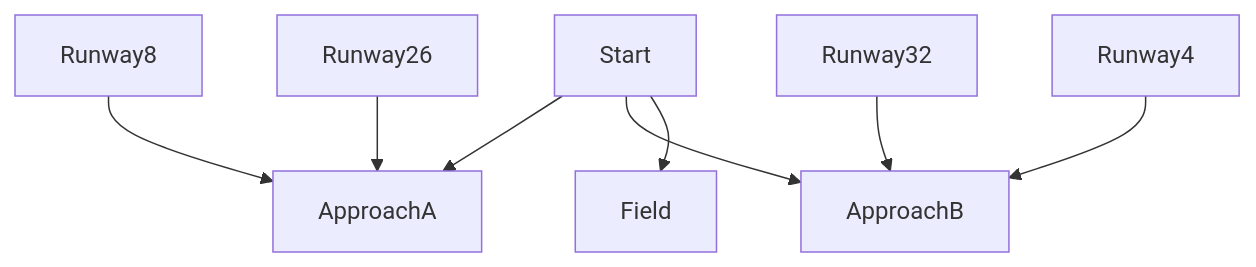
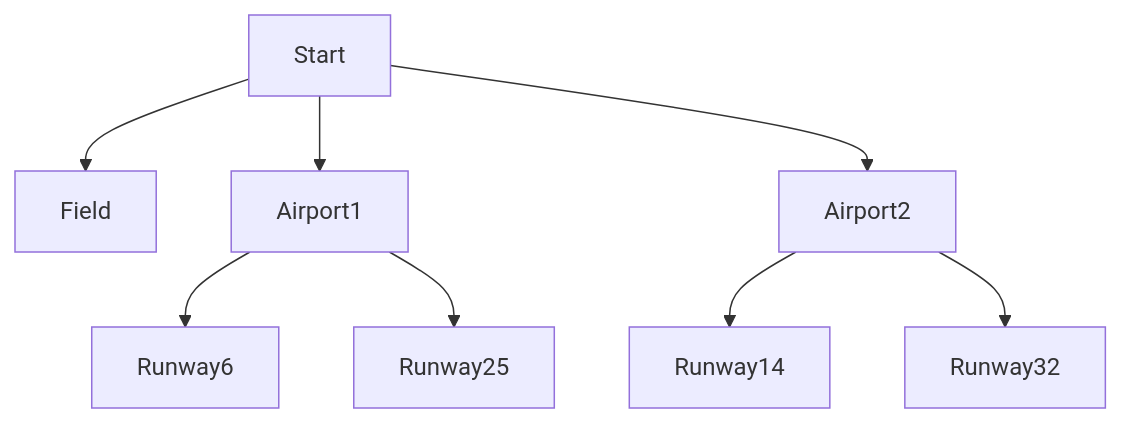
Before and after one commit to AllieWalsh51/AllieWalsh51.github.io: the diagram in projects/README.md, drawn with Mermaid. The commit also changed other lines of this file, not shown here.

Commit message:
final readme

````diff
--- a/projects/README.md
+++ b/projects/README.md
@@ -7,11 +7,11 @@
 ```mermaid
 graph TD;
-Start-->ApproachA;
-Start-->ApproachB;
 Start-->Field;
-Runway8-->ApproachA;
-Runway26-->ApproachA;
-Runway32-->ApproachB;
-Runway4-->ApproachB;
+Start-->Airport1;
+Start-->Airport2;
+Airport1-->Runway6;
+Airport1-->Runway25;
+Airport2-->Runway14;
+Airport2-->Runway32;
 
 ```
````
